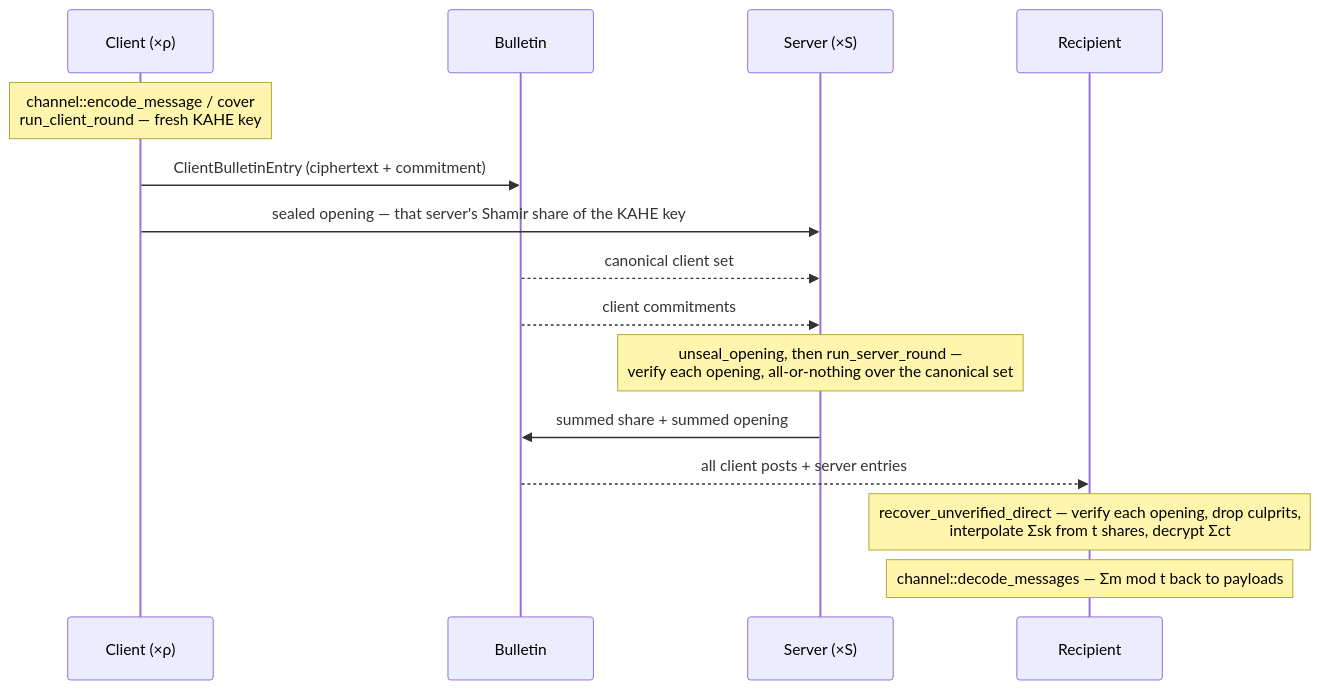
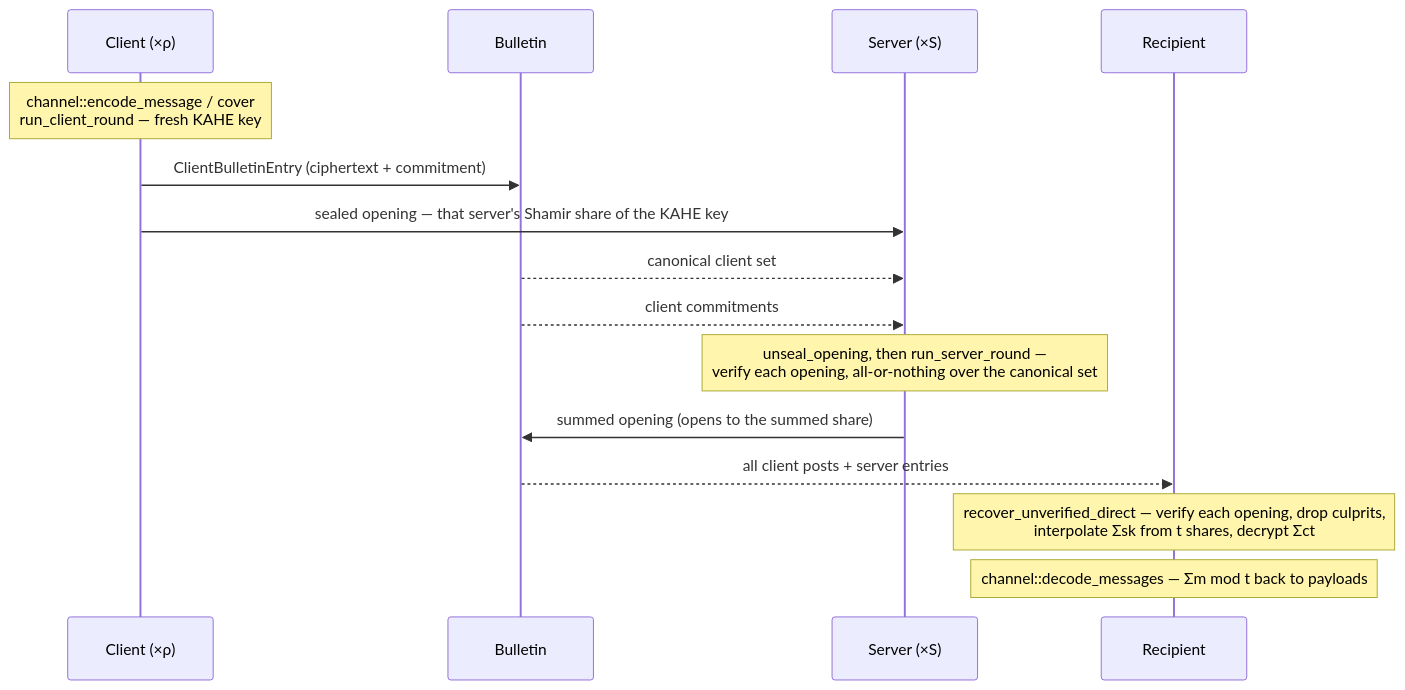
Before and after one commit to flashbots/panetiere: the diagram in README.md, drawn with Mermaid. The commit also changed other lines of this file and 8 other files, not shown here.

````diff
--- a/README.md
+++ b/README.md
@@ -77,18 +78,18 @@
 ```mermaid
 sequenceDiagram
     participant C as Client (×ρ)
     participant B as Bulletin
     participant S as Server (×S)
     participant R as Recipient
 
     Note over C: channel::encode_message / cover<br/>run_client_round — fresh KAHE key
     C->>B: ClientBulletinEntry (ciphertext + commitment)
     C->>S: sealed opening — that server's Shamir share of the KAHE key
     B-->>S: canonical client set
     B-->>S: client commitments
     Note over S: unseal_opening, then run_server_round —<br/>verify each opening, all-or-nothing over the canonical set
-    S->>B: summed share + summed opening
+    S->>B: summed opening (opens to the summed share)
     B-->>R: all client posts + server entries
     Note over R: recover_unverified_direct — verify each opening, drop culprits,<br/>interpolate Σsk from t shares, decrypt Σct
     Note over R: channel::decode_messages — Σm mod t back to payloads
 ```
````
